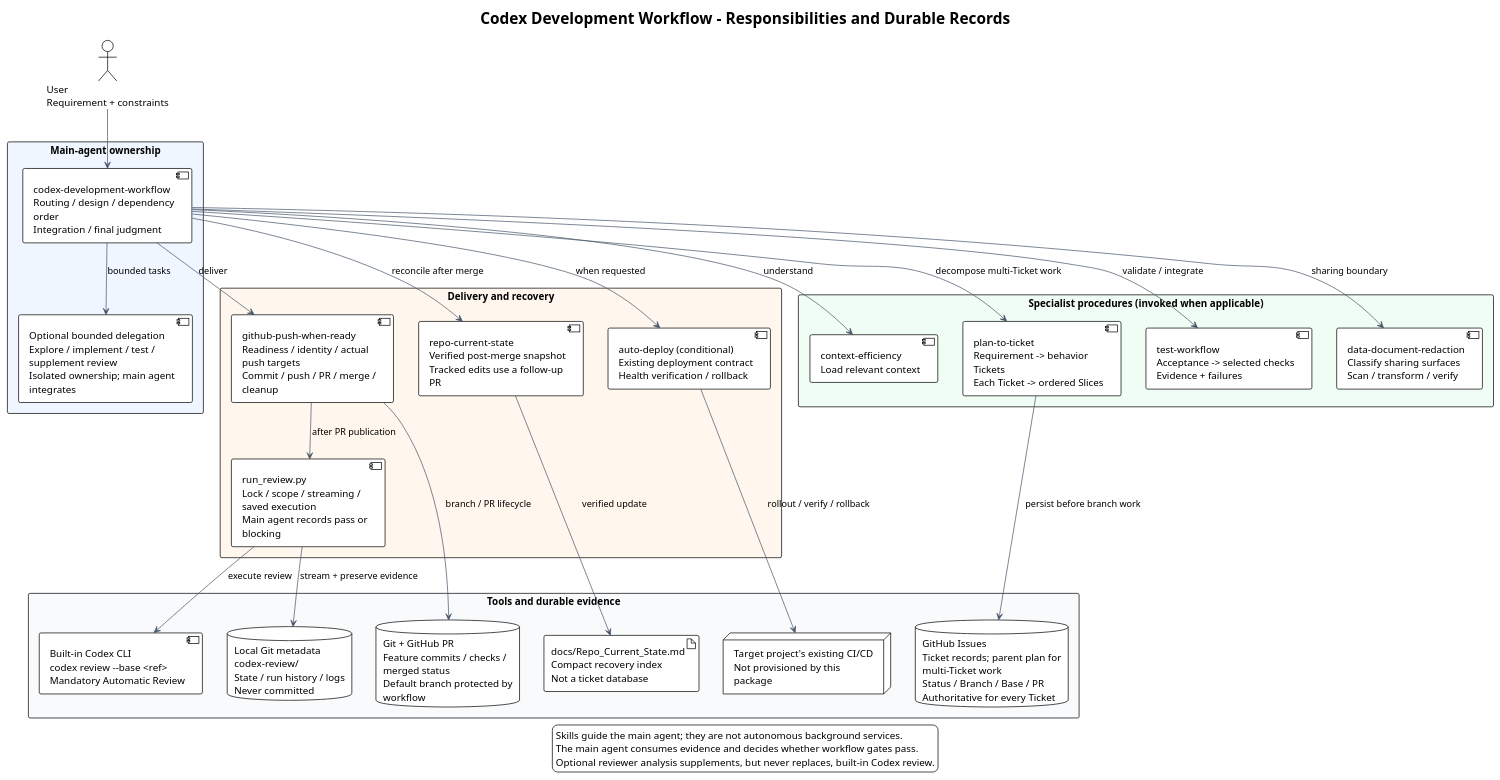
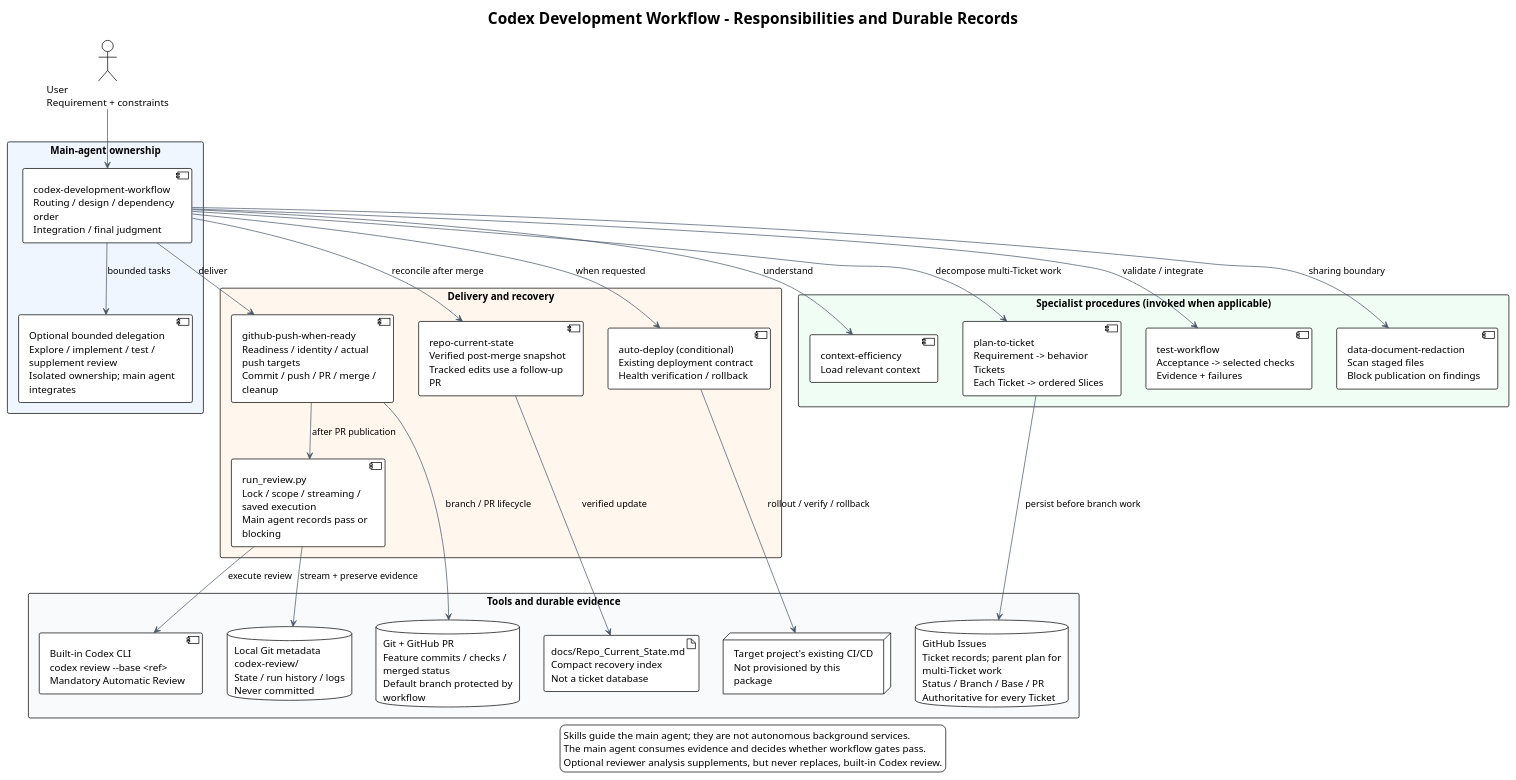
The diagram in docs/diagrams/components.puml (i-zrhe2016/codex-development-workflow), drawn with PlantUML before and after one commit. The commit also changed 11 other files, not shown here.

Commit message:
docs(redaction): align docs with the staged-commit scanner

```diff
--- a/docs/diagrams/components.puml
+++ b/docs/diagrams/components.puml
@@ -1,58 +1,58 @@
 @startuml
 !theme plain
 top to bottom direction
 skinparam defaultFontName Arial
 skinparam shadowing false
 skinparam packageStyle rectangle
 skinparam wrapWidth 210
 skinparam ArrowColor #475569
 title Codex Development Workflow - Responsibilities and Durable Records
 
 actor "User\nRequirement + constraints" as user
 package "Main-agent ownership" #EFF6FF {
   component "codex-development-workflow\nRouting / design / dependency order\nIntegration / final judgment" as main
   component "Optional bounded delegation\nExplore / implement / test / supplement review\nIsolated ownership; main agent integrates" as delegates
 }
 package "Specialist procedures (invoked when applicable)" #F0FDF4 {
   component "context-efficiency\nLoad relevant context" as context
   component "plan-to-ticket\nRequirement -> behavior Tickets\nEach Ticket -> ordered Slices" as plan
   component "test-workflow\nAcceptance -> selected checks\nEvidence + failures" as tests
-  component "data-document-redaction\nClassify sharing surfaces\nScan / transform / verify" as redact
+  component "data-document-redaction\nScan staged files\nBlock publication on findings" as redact
 }
 package "Delivery and recovery" #FFF7ED {
   component "github-push-when-ready\nReadiness / identity / actual push targets\nCommit / push / PR / merge / cleanup" as publish
   component "run_review.py\nLock / scope / streaming / saved execution\nMain agent records pass or blocking" as runner
   component "repo-current-state\nVerified post-merge snapshot\nTracked edits use a follow-up PR" as state
   component "auto-deploy (conditional)\nExisting deployment contract\nHealth verification / rollback" as deploy
 }
 package "Tools and durable evidence" #F8FAFC {
   database "GitHub Issues\nTicket records; parent plan for\nmulti-Ticket work\nStatus / Branch / Base / PR\nAuthoritative for every Ticket" as issues
   database "Git + GitHub PR\nFeature commits / checks / merged status\nDefault branch protected by workflow" as github
   component "Built-in Codex CLI\ncodex review --base <ref>\nMandatory Automatic Review" as cli
   database "Local Git metadata\ncodex-review/\nState / run history / logs\nNever committed" as logs
   artifact "docs/Repo_Current_State.md\nCompact recovery index\nNot a ticket database" as snapshot
   node "Target project's existing CI/CD\nNot provisioned by this package" as cicd
 }
 
 user --> main
 main --> delegates : bounded tasks
 main --> context : understand
 main --> plan : decompose multi-Ticket work
 main --> tests : validate / integrate
 main --> redact : sharing boundary
 main --> publish : deliver
 main --> state : reconcile after merge
 main --> deploy : when requested
 plan --> issues : persist before branch work
 publish --> github : branch / PR lifecycle
 publish --> runner : after PR publication
 runner --> cli : execute review
 runner --> logs : stream + preserve evidence
 state --> snapshot : verified update
 deploy --> cicd : rollout / verify / rollback
 legend bottom
 Skills guide the main agent; they are not autonomous background services.
 The main agent consumes evidence and decides whether workflow gates pass.
 Optional reviewer analysis supplements, but never replaces, built-in Codex review.
 endlegend
 @enduml
```
